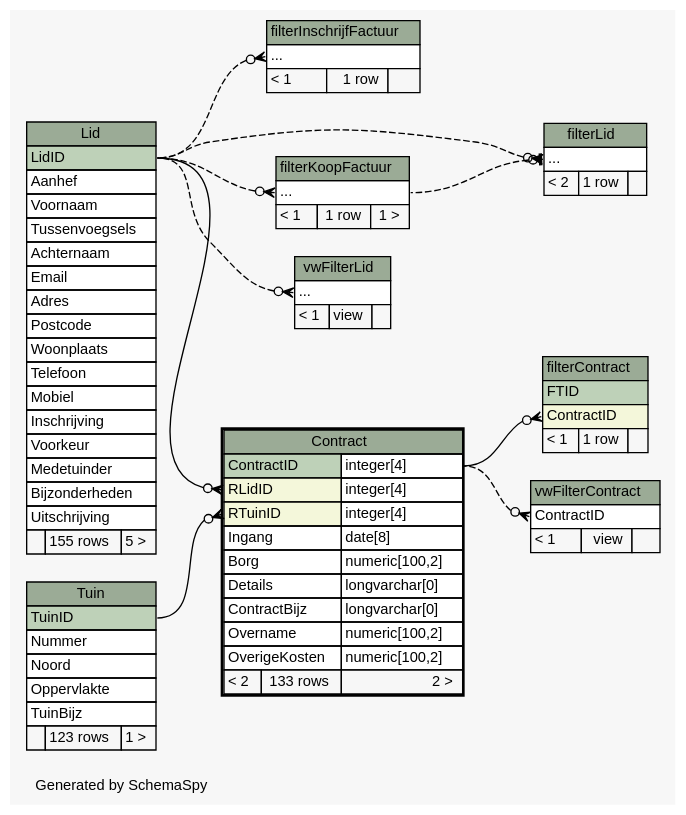
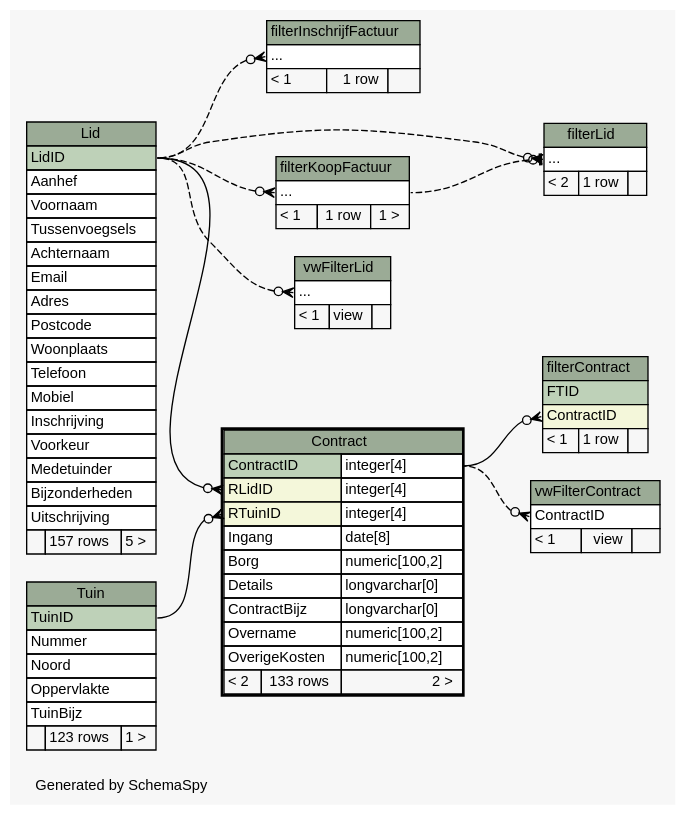
The diagram in db-schema-docs/diagrams/Contract.implied2degrees.dot (slspeek/ona-volkstuin), drawn with Graphviz before and after one commit. The commit also changed 84 other files, not shown here.

```diff
--- a/db-schema-docs/diagrams/Contract.implied2degrees.dot
+++ b/db-schema-docs/diagrams/Contract.implied2degrees.dot
@@ -1,149 +1,149 @@
 // dot 2.40.1 on Linux 4.19.0-6-amd64
 // SchemaSpy rev 590
 digraph "impliedTwoDegreesRelationshipsDiagram" {
   graph [
     rankdir="RL"
     bgcolor="#f7f7f7"
     label="\nGenerated by SchemaSpy"
     labeljust="l"
     nodesep="0.18"
     ranksep="0.46"
     fontname="Helvetica"
     fontsize="11"
   ];
   node [
     fontname="Helvetica"
     fontsize="11"
     shape="plaintext"
   ];
   edge [
     arrowsize="0.8"
   ];
   "Contract":"RLidID":w -> "Lid":"LidID":e [arrowhead=none dir=back arrowtail=crowodot];
   "Contract":"RTuinID":w -> "Tuin":"TuinID":e [arrowhead=none dir=back arrowtail=crowodot];
   "filterContract":"ContractID":w -> "Contract":"ContractID.type":e [arrowhead=none dir=back arrowtail=crowodot];
   "filterInschrijfFactuur":"elipses":w -> "Lid":"LidID":e [arrowhead=none dir=back arrowtail=crowodot style=dashed];
   "filterKoopFactuur":"elipses":w -> "Lid":"LidID":e [arrowhead=none dir=back arrowtail=crowodot style=dashed];
   "filterLid":"elipses":w -> "filterKoopFactuur":"elipses":e [arrowhead=none dir=back arrowtail=teeodot style=dashed];
   "filterLid":"elipses":w -> "Lid":"LidID":e [arrowhead=none dir=back arrowtail=crowodot style=dashed];
   "vwFilterContract":"ContractID":w -> "Contract":"ContractID.type":e [arrowhead=none dir=back arrowtail=crowodot style=dashed];
   "vwFilterLid":"elipses":w -> "Lid":"LidID":e [arrowhead=none dir=back arrowtail=crowodot style=dashed];
   "Contract" [
     label=<
     <TABLE BORDER="2" CELLBORDER="1" CELLSPACING="0" BGCOLOR="#ffffff">
       <TR><TD COLSPAN="3" BGCOLOR="#9bab96" ALIGN="CENTER">Contract</TD></TR>
       <TR><TD PORT="ContractID" COLSPAN="2" BGCOLOR="#bed1b8" ALIGN="LEFT">ContractID</TD><TD PORT="ContractID.type" ALIGN="LEFT">integer[4]</TD></TR>
       <TR><TD PORT="RLidID" COLSPAN="2" BGCOLOR="#f4f7da" ALIGN="LEFT">RLidID</TD><TD PORT="RLidID.type" ALIGN="LEFT">integer[4]</TD></TR>
       <TR><TD PORT="RTuinID" COLSPAN="2" BGCOLOR="#f4f7da" ALIGN="LEFT">RTuinID</TD><TD PORT="RTuinID.type" ALIGN="LEFT">integer[4]</TD></TR>
       <TR><TD PORT="Ingang" COLSPAN="2" ALIGN="LEFT">Ingang</TD><TD PORT="Ingang.type" ALIGN="LEFT">date[8]</TD></TR>
       <TR><TD PORT="Borg" COLSPAN="2" ALIGN="LEFT">Borg</TD><TD PORT="Borg.type" ALIGN="LEFT">numeric[100,2]</TD></TR>
       <TR><TD PORT="Details" COLSPAN="2" ALIGN="LEFT">Details</TD><TD PORT="Details.type" ALIGN="LEFT">longvarchar[0]</TD></TR>
       <TR><TD PORT="ContractBijz" COLSPAN="2" ALIGN="LEFT">ContractBijz</TD><TD PORT="ContractBijz.type" ALIGN="LEFT">longvarchar[0]</TD></TR>
       <TR><TD PORT="Overname" COLSPAN="2" ALIGN="LEFT">Overname</TD><TD PORT="Overname.type" ALIGN="LEFT">numeric[100,2]</TD></TR>
       <TR><TD PORT="OverigeKosten" COLSPAN="2" ALIGN="LEFT">OverigeKosten</TD><TD PORT="OverigeKosten.type" ALIGN="LEFT">numeric[100,2]</TD></TR>
       <TR><TD ALIGN="LEFT" BGCOLOR="#f7f7f7">&lt; 2</TD><TD ALIGN="RIGHT" BGCOLOR="#f7f7f7">133 rows</TD><TD ALIGN="RIGHT" BGCOLOR="#f7f7f7">2 &gt;</TD></TR>
     </TABLE>>
     URL="Contract.html"
     tooltip="Contract"
   ];
   "filterContract" [
     label=<
     <TABLE BORDER="0" CELLBORDER="1" CELLSPACING="0" BGCOLOR="#ffffff">
       <TR><TD COLSPAN="3" BGCOLOR="#9bab96" ALIGN="CENTER">filterContract</TD></TR>
       <TR><TD PORT="FTID" COLSPAN="3" BGCOLOR="#bed1b8" ALIGN="LEFT">FTID</TD></TR>
       <TR><TD PORT="ContractID" COLSPAN="3" BGCOLOR="#f4f7da" ALIGN="LEFT">ContractID</TD></TR>
       <TR><TD ALIGN="LEFT" BGCOLOR="#f7f7f7">&lt; 1</TD><TD ALIGN="RIGHT" BGCOLOR="#f7f7f7">1 row</TD><TD ALIGN="RIGHT" BGCOLOR="#f7f7f7">  </TD></TR>
     </TABLE>>
     URL="filterContract.html"
     tooltip="filterContract"
   ];
   "filterInschrijfFactuur" [
     label=<
     <TABLE BORDER="0" CELLBORDER="1" CELLSPACING="0" BGCOLOR="#ffffff">
       <TR><TD COLSPAN="3" BGCOLOR="#9bab96" ALIGN="CENTER">filterInschrijfFactuur</TD></TR>
       <TR><TD PORT="elipses" COLSPAN="3" ALIGN="LEFT">...</TD></TR>
       <TR><TD ALIGN="LEFT" BGCOLOR="#f7f7f7">&lt; 1</TD><TD ALIGN="RIGHT" BGCOLOR="#f7f7f7">1 row</TD><TD ALIGN="RIGHT" BGCOLOR="#f7f7f7">  </TD></TR>
     </TABLE>>
     URL="filterInschrijfFactuur.html"
     tooltip="filterInschrijfFactuur"
   ];
   "filterKoopFactuur" [
     label=<
     <TABLE BORDER="0" CELLBORDER="1" CELLSPACING="0" BGCOLOR="#ffffff">
       <TR><TD COLSPAN="3" BGCOLOR="#9bab96" ALIGN="CENTER">filterKoopFactuur</TD></TR>
       <TR><TD PORT="elipses" COLSPAN="3" ALIGN="LEFT">...</TD></TR>
       <TR><TD ALIGN="LEFT" BGCOLOR="#f7f7f7">&lt; 1</TD><TD ALIGN="RIGHT" BGCOLOR="#f7f7f7">1 row</TD><TD ALIGN="RIGHT" BGCOLOR="#f7f7f7">1 &gt;</TD></TR>
     </TABLE>>
     URL="filterKoopFactuur.html"
     tooltip="filterKoopFactuur"
   ];
   "filterLid" [
     label=<
     <TABLE BORDER="0" CELLBORDER="1" CELLSPACING="0" BGCOLOR="#ffffff">
       <TR><TD COLSPAN="3" BGCOLOR="#9bab96" ALIGN="CENTER">filterLid</TD></TR>
       <TR><TD PORT="elipses" COLSPAN="3" ALIGN="LEFT">...</TD></TR>
       <TR><TD ALIGN="LEFT" BGCOLOR="#f7f7f7">&lt; 2</TD><TD ALIGN="RIGHT" BGCOLOR="#f7f7f7">1 row</TD><TD ALIGN="RIGHT" BGCOLOR="#f7f7f7">  </TD></TR>
     </TABLE>>
     URL="filterLid.html"
     tooltip="filterLid"
   ];
   "Lid" [
     label=<
     <TABLE BORDER="0" CELLBORDER="1" CELLSPACING="0" BGCOLOR="#ffffff">
       <TR><TD COLSPAN="3" BGCOLOR="#9bab96" ALIGN="CENTER">Lid</TD></TR>
       <TR><TD PORT="LidID" COLSPAN="3" BGCOLOR="#bed1b8" ALIGN="LEFT">LidID</TD></TR>
       <TR><TD PORT="Aanhef" COLSPAN="3" ALIGN="LEFT">Aanhef</TD></TR>
       <TR><TD PORT="Voornaam" COLSPAN="3" ALIGN="LEFT">Voornaam</TD></TR>
       <TR><TD PORT="Tussenvoegsels" COLSPAN="3" ALIGN="LEFT">Tussenvoegsels</TD></TR>
       <TR><TD PORT="Achternaam" COLSPAN="3" ALIGN="LEFT">Achternaam</TD></TR>
       <TR><TD PORT="Email" COLSPAN="3" ALIGN="LEFT">Email</TD></TR>
       <TR><TD PORT="Adres" COLSPAN="3" ALIGN="LEFT">Adres</TD></TR>
       <TR><TD PORT="Postcode" COLSPAN="3" ALIGN="LEFT">Postcode</TD></TR>
       <TR><TD PORT="Woonplaats" COLSPAN="3" ALIGN="LEFT">Woonplaats</TD></TR>
       <TR><TD PORT="Telefoon" COLSPAN="3" ALIGN="LEFT">Telefoon</TD></TR>
       <TR><TD PORT="Mobiel" COLSPAN="3" ALIGN="LEFT">Mobiel</TD></TR>
       <TR><TD PORT="Inschrijving" COLSPAN="3" ALIGN="LEFT">Inschrijving</TD></TR>
       <TR><TD PORT="Voorkeur" COLSPAN="3" ALIGN="LEFT">Voorkeur</TD></TR>
       <TR><TD PORT="Medetuinder" COLSPAN="3" ALIGN="LEFT">Medetuinder</TD></TR>
       <TR><TD PORT="Bijzonderheden" COLSPAN="3" ALIGN="LEFT">Bijzonderheden</TD></TR>
       <TR><TD PORT="Uitschrijving" COLSPAN="3" ALIGN="LEFT">Uitschrijving</TD></TR>
-      <TR><TD ALIGN="LEFT" BGCOLOR="#f7f7f7">  </TD><TD ALIGN="RIGHT" BGCOLOR="#f7f7f7">155 rows</TD><TD ALIGN="RIGHT" BGCOLOR="#f7f7f7">5 &gt;</TD></TR>
+      <TR><TD ALIGN="LEFT" BGCOLOR="#f7f7f7">  </TD><TD ALIGN="RIGHT" BGCOLOR="#f7f7f7">157 rows</TD><TD ALIGN="RIGHT" BGCOLOR="#f7f7f7">5 &gt;</TD></TR>
     </TABLE>>
     URL="Lid.html"
     tooltip="Lid"
   ];
   "Tuin" [
     label=<
     <TABLE BORDER="0" CELLBORDER="1" CELLSPACING="0" BGCOLOR="#ffffff">
       <TR><TD COLSPAN="3" BGCOLOR="#9bab96" ALIGN="CENTER">Tuin</TD></TR>
       <TR><TD PORT="TuinID" COLSPAN="3" BGCOLOR="#bed1b8" ALIGN="LEFT">TuinID</TD></TR>
       <TR><TD PORT="Nummer" COLSPAN="3" ALIGN="LEFT">Nummer</TD></TR>
       <TR><TD PORT="Noord" COLSPAN="3" ALIGN="LEFT">Noord</TD></TR>
       <TR><TD PORT="Oppervlakte" COLSPAN="3" ALIGN="LEFT">Oppervlakte</TD></TR>
       <TR><TD PORT="TuinBijz" COLSPAN="3" ALIGN="LEFT">TuinBijz</TD></TR>
       <TR><TD ALIGN="LEFT" BGCOLOR="#f7f7f7">  </TD><TD ALIGN="RIGHT" BGCOLOR="#f7f7f7">123 rows</TD><TD ALIGN="RIGHT" BGCOLOR="#f7f7f7">1 &gt;</TD></TR>
     </TABLE>>
     URL="Tuin.html"
     tooltip="Tuin"
   ];
   "vwFilterContract" [
     label=<
     <TABLE BORDER="0" CELLBORDER="1" CELLSPACING="0" BGCOLOR="#ffffff">
       <TR><TD COLSPAN="3" BGCOLOR="#9bab96" ALIGN="CENTER">vwFilterContract</TD></TR>
       <TR><TD PORT="ContractID" COLSPAN="3" ALIGN="LEFT">ContractID</TD></TR>
       <TR><TD ALIGN="LEFT" BGCOLOR="#f7f7f7">&lt; 1</TD><TD ALIGN="RIGHT" BGCOLOR="#f7f7f7">view</TD><TD ALIGN="RIGHT" BGCOLOR="#f7f7f7">  </TD></TR>
     </TABLE>>
     URL="vwFilterContract.html"
     tooltip="vwFilterContract"
   ];
   "vwFilterLid" [
     label=<
     <TABLE BORDER="0" CELLBORDER="1" CELLSPACING="0" BGCOLOR="#ffffff">
       <TR><TD COLSPAN="3" BGCOLOR="#9bab96" ALIGN="CENTER">vwFilterLid</TD></TR>
       <TR><TD PORT="elipses" COLSPAN="3" ALIGN="LEFT">...</TD></TR>
       <TR><TD ALIGN="LEFT" BGCOLOR="#f7f7f7">&lt; 1</TD><TD ALIGN="RIGHT" BGCOLOR="#f7f7f7">view</TD><TD ALIGN="RIGHT" BGCOLOR="#f7f7f7">  </TD></TR>
     </TABLE>>
     URL="vwFilterLid.html"
     tooltip="vwFilterLid"
   ];
 }
```
